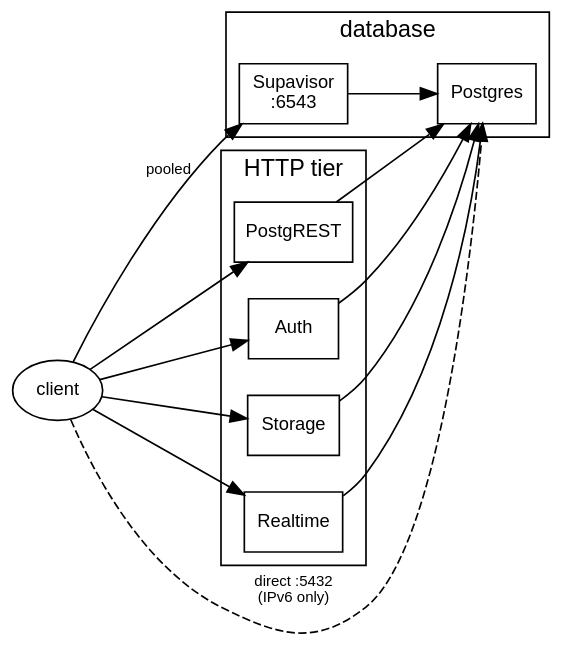
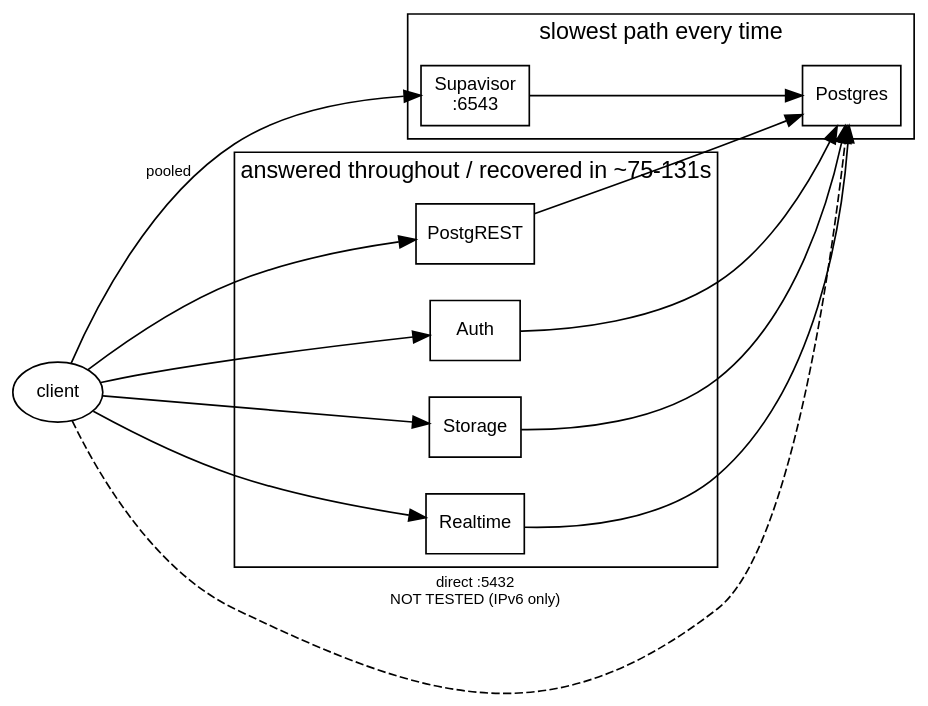
Before and after one commit to erfianugrah/lexicanum: the diagram in src/content/docs/reference/supabase-platform-operation-downtime.mdx, drawn with Graphviz. The commit also changed other lines of this file and 1 other file, not shown here.

First line of the commit message:
reference: reframe the downtime page around the hypotheses it tested

````diff
--- a/src/content/docs/reference/supabase-platform-operation-downtime.mdx
+++ b/src/content/docs/reference/supabase-platform-operation-downtime.mdx
@@ -50,37 +86,37 @@
 ```dot
 digraph {
   rankdir=LR; bgcolor="transparent"; compound=true; nodesep=0.3; ranksep=0.7;
   fontname="Helvetica,Arial,sans-serif";
   node [fontname="Helvetica,Arial,sans-serif", fontsize=11, shape=box];
   edge [fontname="Helvetica,Arial,sans-serif", fontsize=9];
 
   client [label="client", shape=ellipse];
 
   subgraph cluster_http {
-    label="HTTP tier";
+    label="answered throughout / recovered in ~75-131s";
     rest [label="PostgREST"];
     auth [label="Auth"];
     storage [label="Storage"];
     realtime [label="Realtime"];
   }
 
   subgraph cluster_pg {
-    label="database";
+    label="slowest path every time";
     pooler [label="Supavisor\n:6543"];
     pg [label="Postgres"];
   }
 
   client -> rest;
   client -> auth;
   client -> storage;
   client -> realtime;
   client -> pooler [label="pooled"];
-  client -> pg [label="direct :5432\n(IPv6 only)", style=dashed];
+  client -> pg [label="direct :5432\nNOT TESTED (IPv6 only)", style=dashed];
 
   rest -> pg;
   auth -> pg;
   storage -> pg;
   realtime -> pg;
   pooler -> pg;
 }
 ```
````
